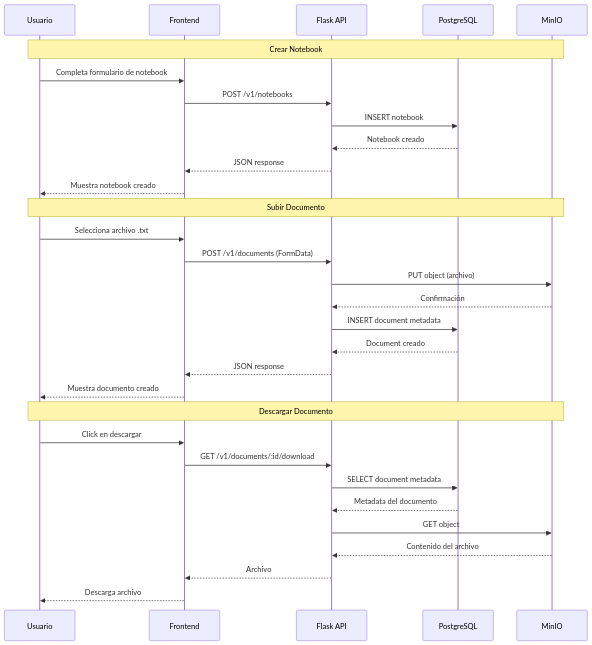
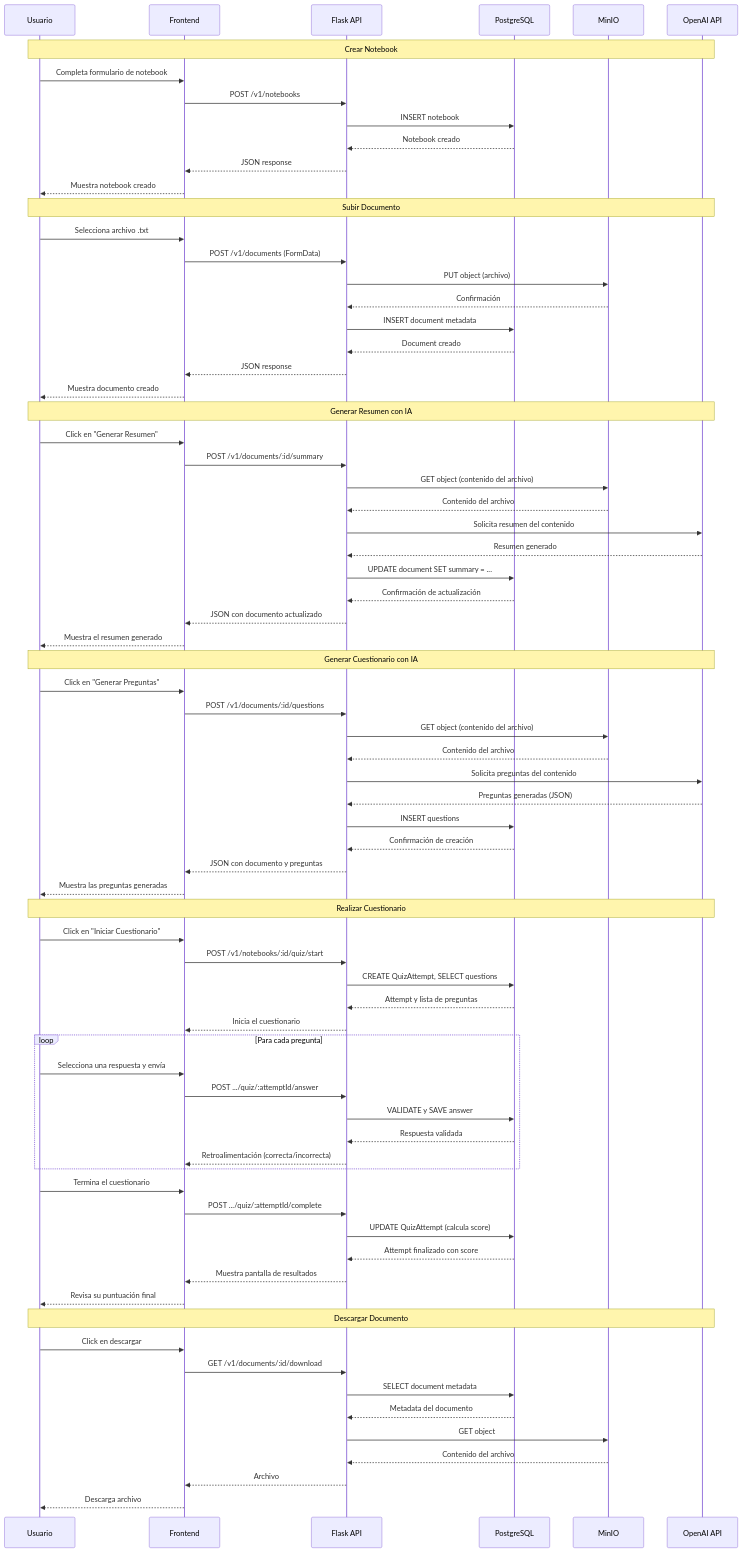
The second of 2 diagrams in README.md (a00882024/rtvr), drawn with Mermaid before and after one commit. The commit also changed other lines of this file, not shown here.

````diff
--- a/README.md
+++ b/README.md
@@ -89,16 +81,17 @@
     participant API as Flask API
     participant DB as PostgreSQL
     participant S3 as MinIO
+    participant AI as OpenAI API
 
-    Note over U,S3: Crear Notebook
+    Note over U,AI: Crear Notebook
     U->>F: Completa formulario de notebook
     F->>API: POST /v1/notebooks
     API->>DB: INSERT notebook
     DB-->>API: Notebook creado
     API-->>F: JSON response
     F-->>U: Muestra notebook creado
-
-    Note over U,S3: Subir Documento
+    
+    Note over U,AI: Subir Documento
     U->>F: Selecciona archivo .txt
     F->>API: POST /v1/documents (FormData)
     API->>S3: PUT object (archivo)
@@ -107,8 +100,54 @@
     DB-->>API: Document creado
     API-->>F: JSON response
     F-->>U: Muestra documento creado
+    
+    Note over U,AI: Generar Resumen con IA
+    U->>F: Click en "Generar Resumen"
+    F->>API: POST /v1/documents/:id/summary
+    API->>S3: GET object (contenido del archivo)
+    S3-->>API: Contenido del archivo
+    API->>AI: Solicita resumen del contenido
+    AI-->>API: Resumen generado
+    API->>DB: UPDATE document SET summary = ...
+    DB-->>API: Confirmación de actualización
+    API-->>F: JSON con documento actualizado
+    F-->>U: Muestra el resumen generado
 
-    Note over U,S3: Descargar Documento
+    Note over U,AI: Generar Cuestionario con IA
+    U->>F: Click en "Generar Preguntas"
+    F->>API: POST /v1/documents/:id/questions
+    API->>S3: GET object (contenido del archivo)
+    S3-->>API: Contenido del archivo
+    API->>AI: Solicita preguntas del contenido
+    AI-->>API: Preguntas generadas (JSON)
+    API->>DB: INSERT questions
+    DB-->>API: Confirmación de creación
+    API-->>F: JSON con documento y preguntas
+    F-->>U: Muestra las preguntas generadas
+
+    Note over U,AI: Realizar Cuestionario
+    U->>F: Click en "Iniciar Cuestionario"
+    F->>API: POST /v1/notebooks/:id/quiz/start
+    API->>DB: CREATE QuizAttempt, SELECT questions
+    DB-->>API: Attempt y lista de preguntas
+    API-->>F: Inicia el cuestionario
+
+    loop Para cada pregunta
+        U->>F: Selecciona una respuesta y envía
+        F->>API: POST .../quiz/:attemptId/answer
+        API->>DB: VALIDATE y SAVE answer
+        DB-->>API: Respuesta validada
+        API-->>F: Retroalimentación (correcta/incorrecta)
+    end
+
+    U->>F: Termina el cuestionario
+    F->>API: POST .../quiz/:attemptId/complete
+    API->>DB: UPDATE QuizAttempt (calcula score)
+    DB-->>API: Attempt finalizado con score
+    API-->>F: Muestra pantalla de resultados
+    F-->>U: Revisa su puntuación final
+
+    Note over U,AI: Descargar Documento
     U->>F: Click en descargar
     F->>API: GET /v1/documents/:id/download
     API->>DB: SELECT document metadata
@@ -117,4 +156,5 @@
     S3-->>API: Contenido del archivo
     API-->>F: Archivo
     F-->>U: Descarga archivo
+
 ```
````
